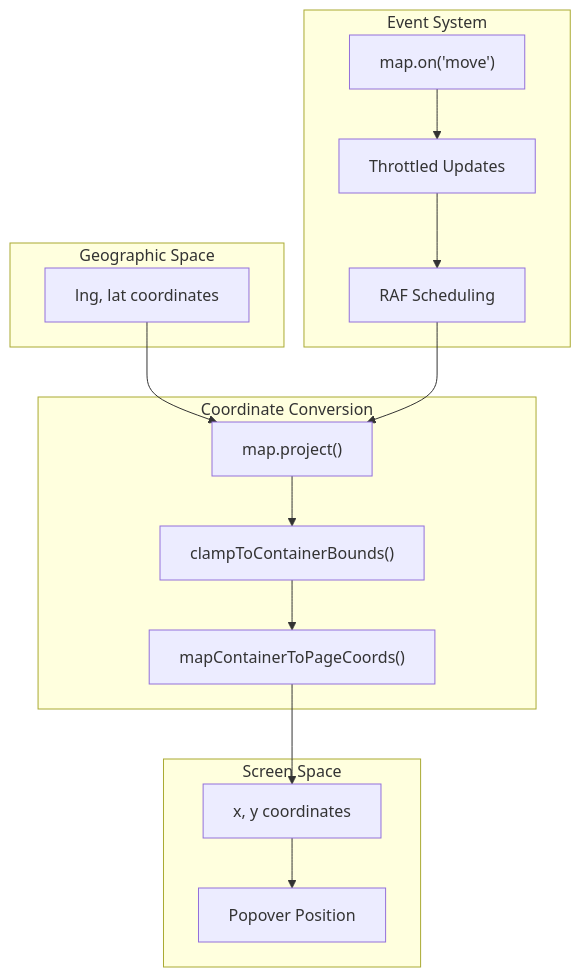
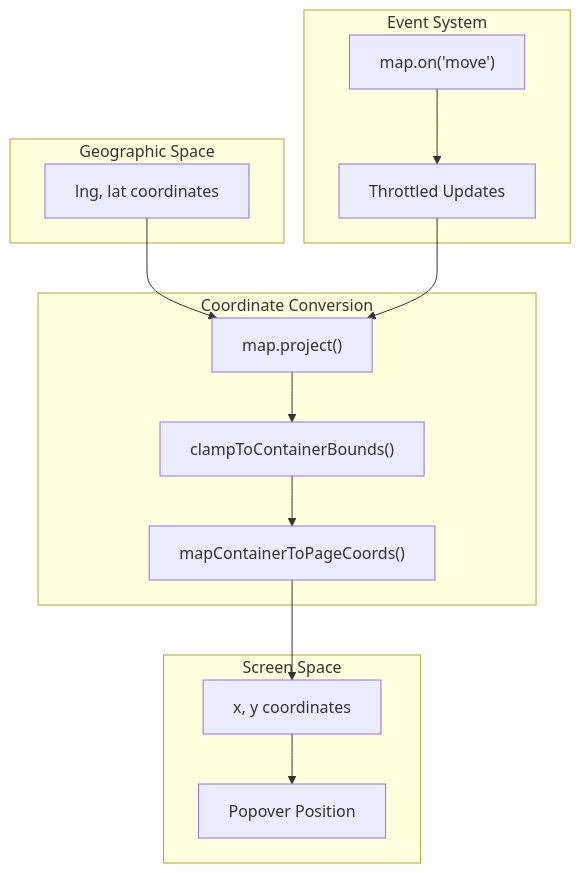
One commit to konturio/disaster-ninja-fe changed the third of 7 diagrams in src/core/map/MapPopover.md. Above: the diagram before and after it, drawn with Mermaid. The commit also changed other lines of this file and 2 other files, not shown here.

Commit message:
Refactor MapPopover and Position Tracker for improved clarity and performance; streamline position update logic, enhance error handling, and remove unnecessary RAF scheduling references.

````diff
--- a/src/core/map/MapPopover.md
+++ b/src/core/map/MapPopover.md
@@ -112,33 +112,31 @@
 ```mermaid
 graph
     subgraph "Geographic Space"
         LngLat[lng, lat coordinates]
     end
 
     subgraph "Coordinate Conversion"
         Project["map.project()"]
         Clamp["clampToContainerBounds()"]
         Convert["mapContainerToPageCoords()"]
     end
 
     subgraph "Screen Space"
         Screen[x, y coordinates]
         Popover[Popover Position]
     end
 
     subgraph "Event System"
         Move["map.on('move')"]
         Throttle[Throttled Updates]
-        RAF[RAF Scheduling]
     end
 
     LngLat --> Project
     Project --> Clamp
     Clamp --> Convert
     Convert --> Screen
     Screen --> Popover
 
     Move --> Throttle
-    Throttle --> RAF
-    RAF --> Project
+    Throttle --> Project
 ```
````
